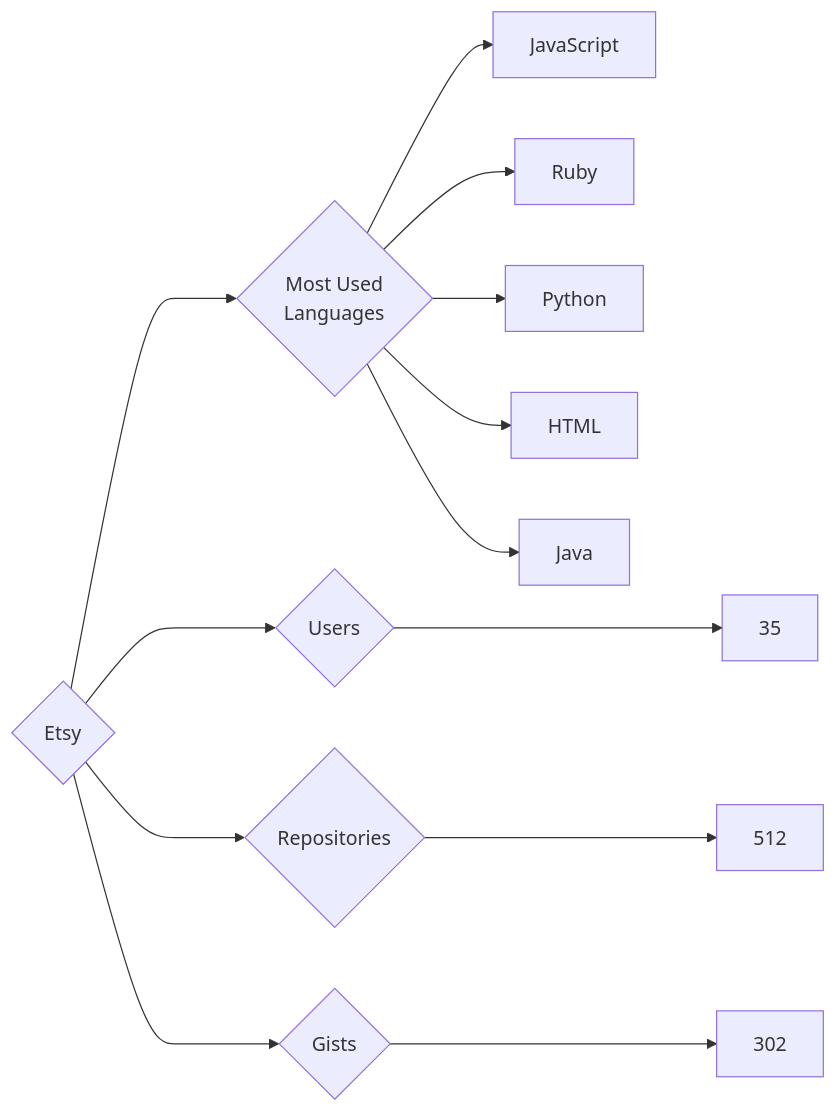
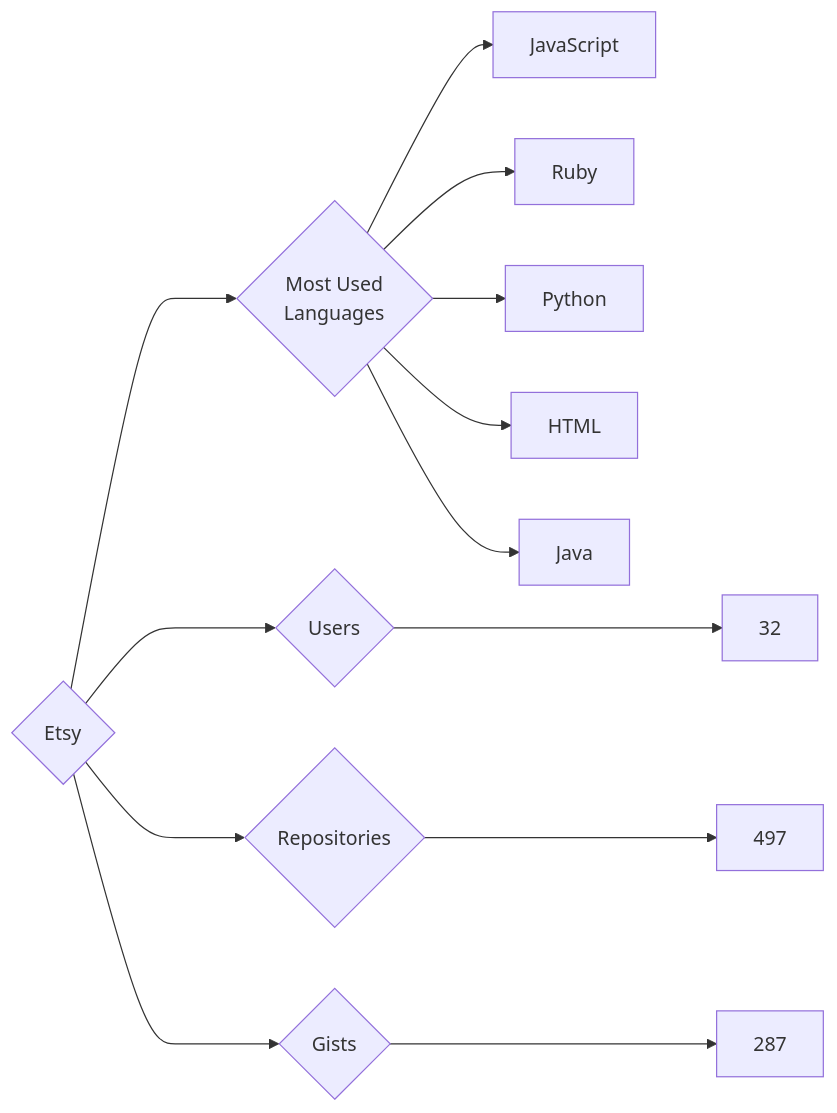
One commit to trickest/insiders changed the diagram in targets/Etsy/README.md. Above: the diagram before and after it, drawn with Mermaid. The commit also changed 693 other files, not shown here.

````diff
--- a/targets/Etsy/README.md
+++ b/targets/Etsy/README.md
@@ -3,13 +3,13 @@
 ```mermaid
 graph LR
 COMPANY_NAME{Etsy}
-COMPANY_NAME ---> U{Users} ---> UN[35]
-COMPANY_NAME ---> R{Repositories} ---> RN[512]
-COMPANY_NAME ---> G{Gists} ---> GN[302]
+COMPANY_NAME ---> U{Users} ---> UN[32]
+COMPANY_NAME ---> R{Repositories} ---> RN[497]
+COMPANY_NAME ---> G{Gists} ---> GN[287]
 COMPANY_NAME ---> ML{Most Used<br>Languages}
 ML --> JavaScript[JavaScript]
 ML --> Ruby[Ruby]
 ML --> Python[Python]
 ML --> HTML[HTML]
 ML --> Java[Java]
 ```
````
